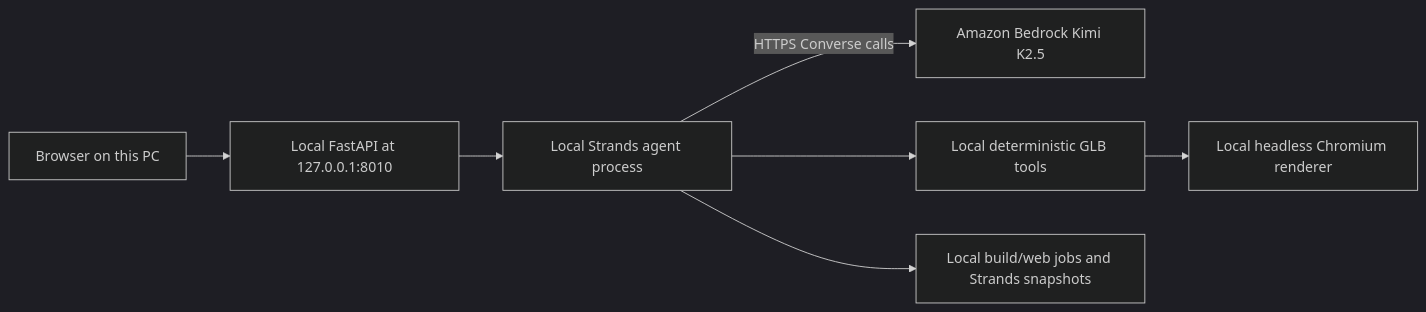
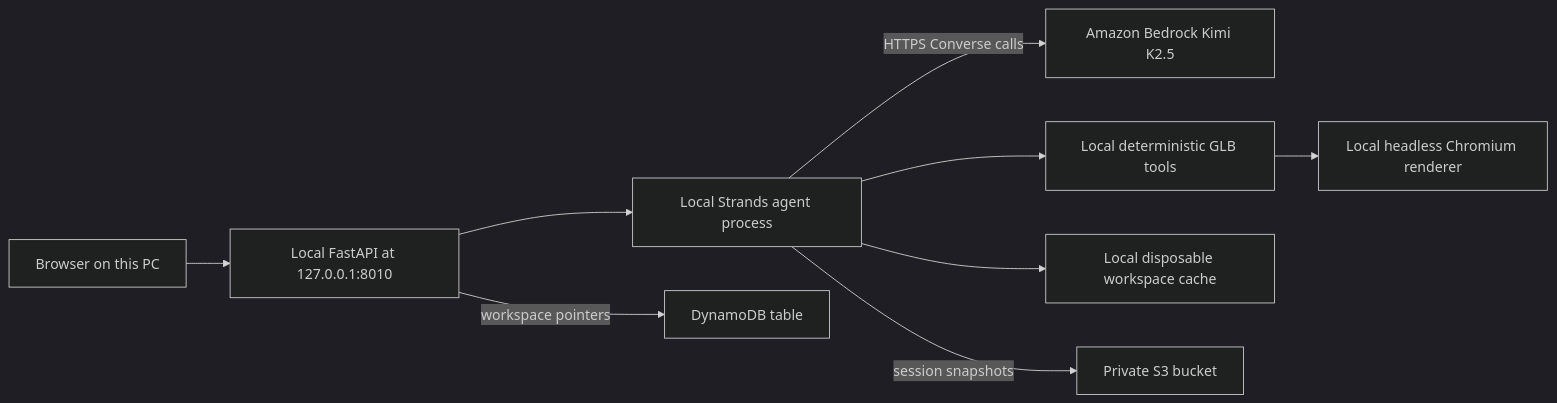
The first of 2 diagrams in docs/BEDROCK_DEPLOYMENT_RUNBOOK.md (jcgennaro/asset-shepherd), drawn with Mermaid (dark theme) before and after one commit. The commit also changed other lines of this file and 13 other files, not shown here.

````diff
--- a/docs/BEDROCK_DEPLOYMENT_RUNBOOK.md
+++ b/docs/BEDROCK_DEPLOYMENT_RUNBOOK.md
@@ -105,9 +108,11 @@
 ```mermaid
 flowchart LR
     B[Browser on this PC] --> W[Local FastAPI at 127.0.0.1:8010]
     W --> A[Local Strands agent process]
     A -->|HTTPS Converse calls| BR[Amazon Bedrock Kimi K2.5]
     A --> T[Local deterministic GLB tools]
     T --> R[Local headless Chromium renderer]
-    A --> F[Local build/web jobs and Strands snapshots]
+    A --> C[Local disposable workspace cache]
+    A -->|session snapshots| S3[Private S3 bucket]
+    W -->|workspace pointers| D[DynamoDB table]
 ```
````
